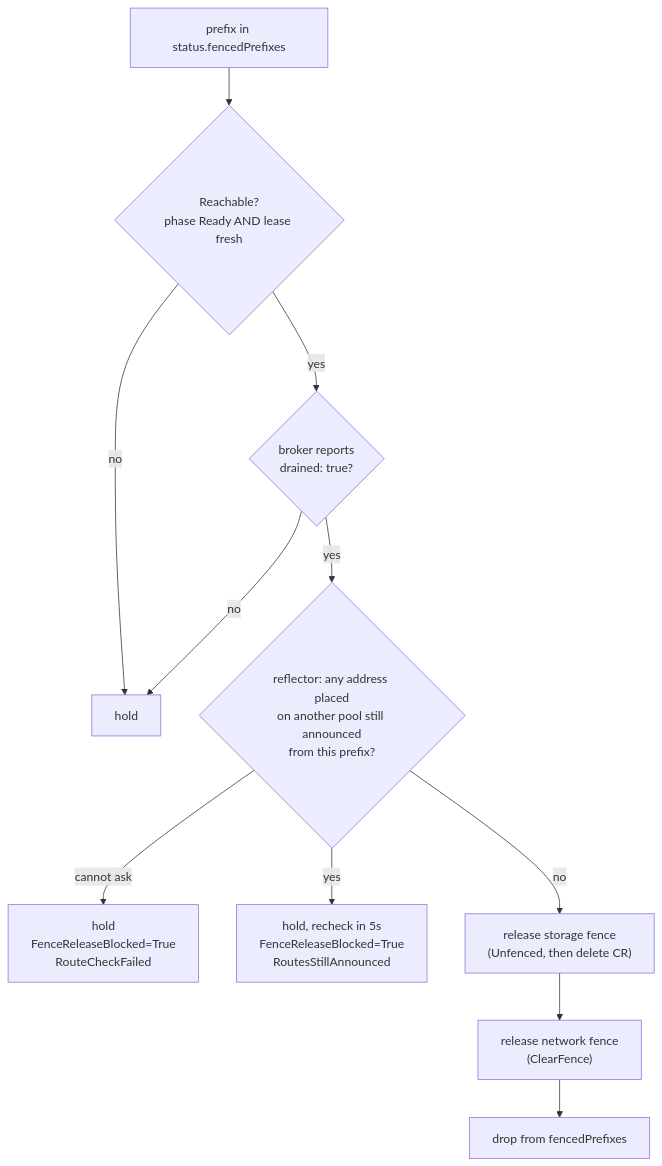
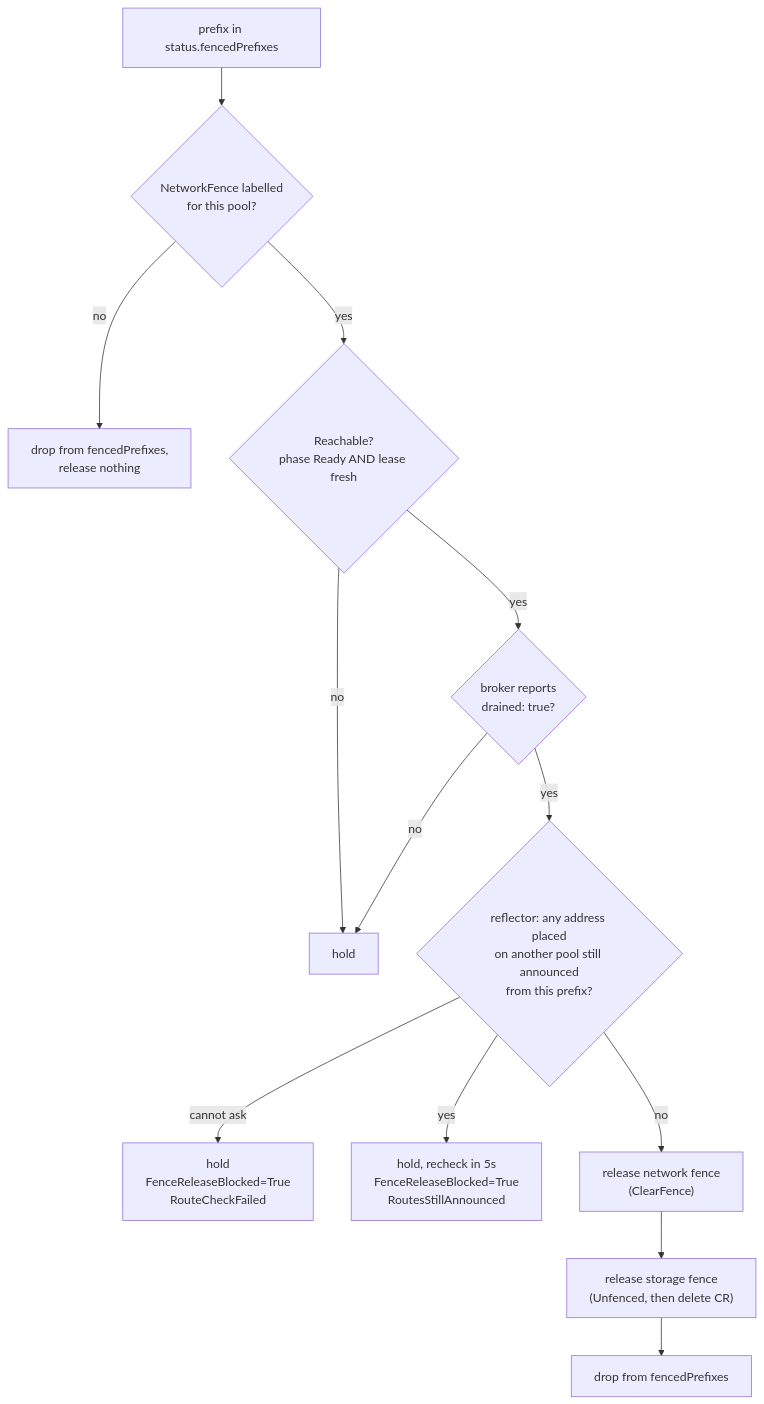
Before and after one commit to trevex/ectobase: the third of 4 diagrams in docs/architecture/failover.md, drawn with Mermaid. The commit also changed other lines of this file and 16 other files, not shown here.

````diff
--- a/docs/architecture/failover.md
+++ b/docs/architecture/failover.md
@@ -231,13 +242,15 @@
 ```mermaid
 flowchart TD
-    start["prefix in status.fencedPrefixes"] --> r{"Reachable?<br/>phase Ready AND lease fresh"}
+    start["prefix in status.fencedPrefixes"] --> o{"NetworkFence labelled<br/>for this pool?"}
+    o -- no --> drop["drop from fencedPrefixes,<br/>release nothing"]
+    o -- yes --> r{"Reachable?<br/>phase Ready AND lease fresh"}
     r -- no --> hold["hold"]
     r -- yes --> d{"broker reports<br/>drained: true?"}
     d -- no --> hold
     d -- yes --> q{"reflector: any address placed<br/>on another pool still announced<br/>from this prefix?"}
     q -- "cannot ask" --> blk1["hold<br/>FenceReleaseBlocked=True<br/>RouteCheckFailed"]
     q -- yes --> blk2["hold, recheck in 5s<br/>FenceReleaseBlocked=True<br/>RoutesStillAnnounced"]
-    q -- no --> sr["release storage fence<br/>(Unfenced, then delete CR)"]
-    sr --> nr["release network fence<br/>(ClearFence)"]
-    nr --> done["drop from fencedPrefixes"]
+    q -- no --> nr["release network fence<br/>(ClearFence)"]
+    nr --> sr["release storage fence<br/>(Unfenced, then delete CR)"]
+    sr --> done["drop from fencedPrefixes"]
 ```
````
